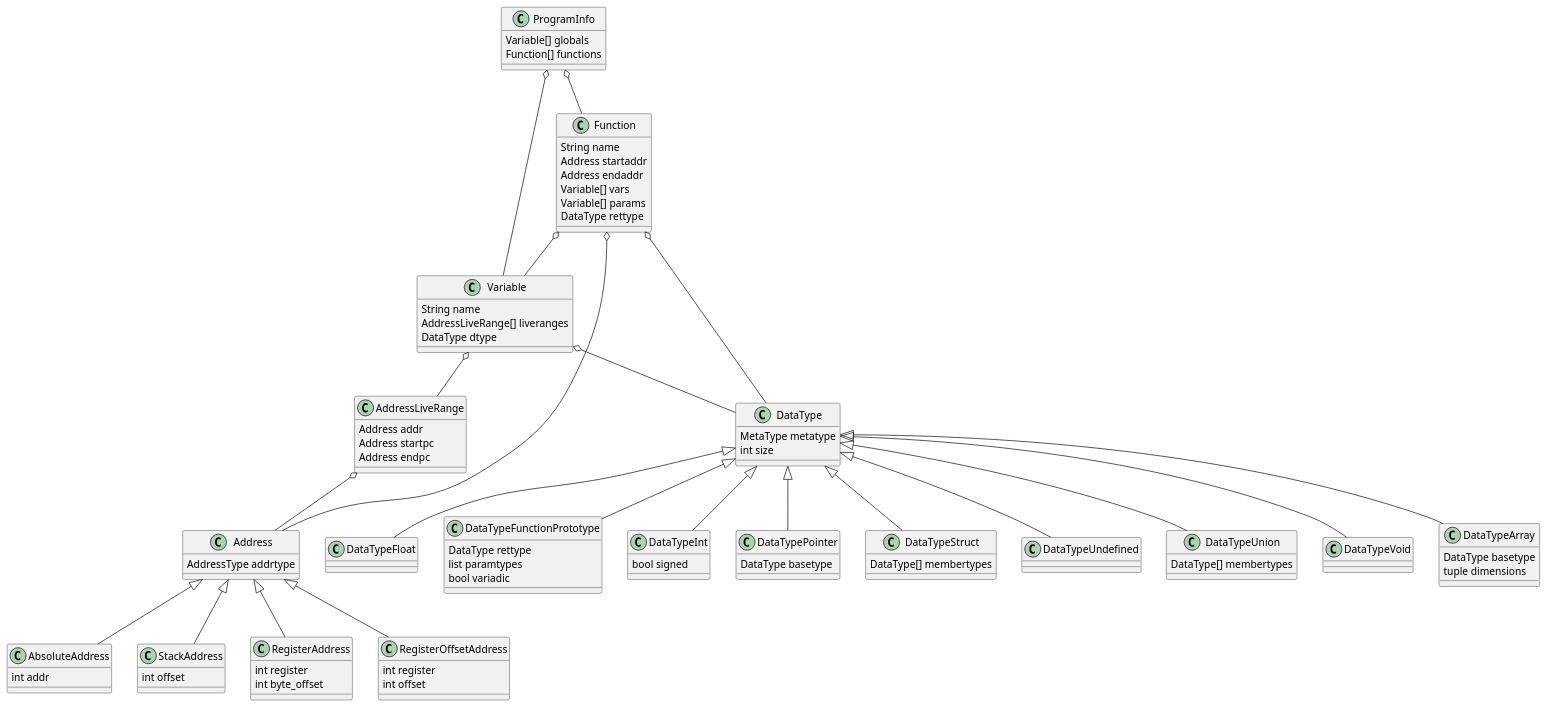
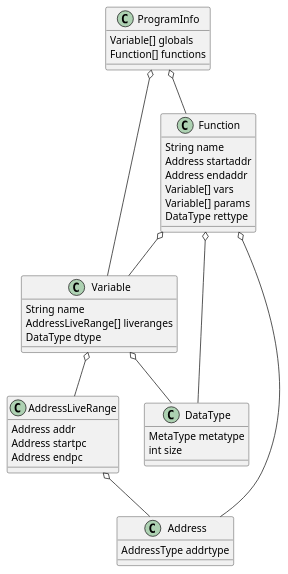
One commit to jace-kline/thesis changed the diagram in figures/dsl.puml. Above: the diagram before and after it, drawn with PlantUML. The commit also changed 27 other files, not shown here.

```diff
--- a/figures/dsl.puml
+++ b/figures/dsl.puml
@@ -1,105 +1,105 @@
 @startuml dsl
 
 class Address {
     AddressType addrtype
 }
 
-class AbsoluteAddress {
-    int addr
-}
-class StackAddress {
-    int offset
-}
-class RegisterAddress {
-    int register
-    int byte_offset
-}
-class RegisterOffsetAddress {
-    int register
-    int offset
-}
+' class AbsoluteAddress {
+'     int addr
+' }
+' class StackAddress {
+'     int offset
+' }
+' class RegisterAddress {
+'     int register
+'     int byte_offset
+' }
+' class RegisterOffsetAddress {
+'     int register
+'     int offset
+' }
 
-Address <|-- AbsoluteAddress
-Address <|-- StackAddress
-Address <|-- RegisterAddress
-Address <|-- RegisterOffsetAddress
+' Address <|-- AbsoluteAddress
+' Address <|-- StackAddress
+' Address <|-- RegisterAddress
+' Address <|-- RegisterOffsetAddress
 
 class AddressLiveRange {
     Address addr
     Address startpc
     Address endpc
 }
 
 AddressLiveRange o-- Address
 
 class DataType {
     MetaType metatype
     int size
 }
 
-class DataTypeFloat {}
-class DataTypeFunctionPrototype {
-    DataType rettype
-    list paramtypes
-    bool variadic
-}
-class DataTypeInt {
-    bool signed
-}
-class DataTypePointer {
-    DataType basetype
-}
-class DataTypeStruct {
-    DataType[] membertypes
-}
-class DataTypeUndefined {}
-class DataTypeUnion {
-    DataType[] membertypes
-}
-class DataTypeVoid {}
-class DataTypeArray {
-    DataType basetype
-    tuple dimensions
-}
+' class DataTypeFloat {}
+' class DataTypeFunctionPrototype {
+'     DataType rettype
+'     list paramtypes
+'     bool variadic
+' }
+' class DataTypeInt {
+'     bool signed
+' }
+' class DataTypePointer {
+'     DataType basetype
+' }
+' class DataTypeStruct {
+'     DataType[] membertypes
+' }
+' class DataTypeUndefined {}
+' class DataTypeUnion {
+'     DataType[] membertypes
+' }
+' class DataTypeVoid {}
+' class DataTypeArray {
+'     DataType basetype
+'     tuple dimensions
+' }
 
-DataType <|-- DataTypeFloat
-DataType <|-- DataTypeFunctionPrototype
-DataType <|-- DataTypeInt
-DataType <|-- DataTypePointer
-DataType <|-- DataTypeStruct
-DataType <|-- DataTypeUndefined
-DataType <|-- DataTypeUnion
-DataType <|-- DataTypeVoid
-DataType <|-- DataTypeArray
+' DataType <|-- DataTypeFloat
+' DataType <|-- DataTypeFunctionPrototype
+' DataType <|-- DataTypeInt
+' DataType <|-- DataTypePointer
+' DataType <|-- DataTypeStruct
+' DataType <|-- DataTypeUndefined
+' DataType <|-- DataTypeUnion
+' DataType <|-- DataTypeVoid
+' DataType <|-- DataTypeArray
 
 class Variable {
     String name
     AddressLiveRange[] liveranges
     DataType dtype
 }
 
 Variable o-- AddressLiveRange
 Variable o-- DataType
 
 class Function {
     String name
     Address startaddr
     Address endaddr
     Variable[] vars
     Variable[] params
     DataType rettype
 }
 
 Function o-- Address
 Function o-- Variable
 Function o-- DataType
 
 class ProgramInfo {
     Variable[] globals
     Function[] functions
 }
 
 ProgramInfo o-- Variable
 ProgramInfo o-- Function
 
 @enduml
```
